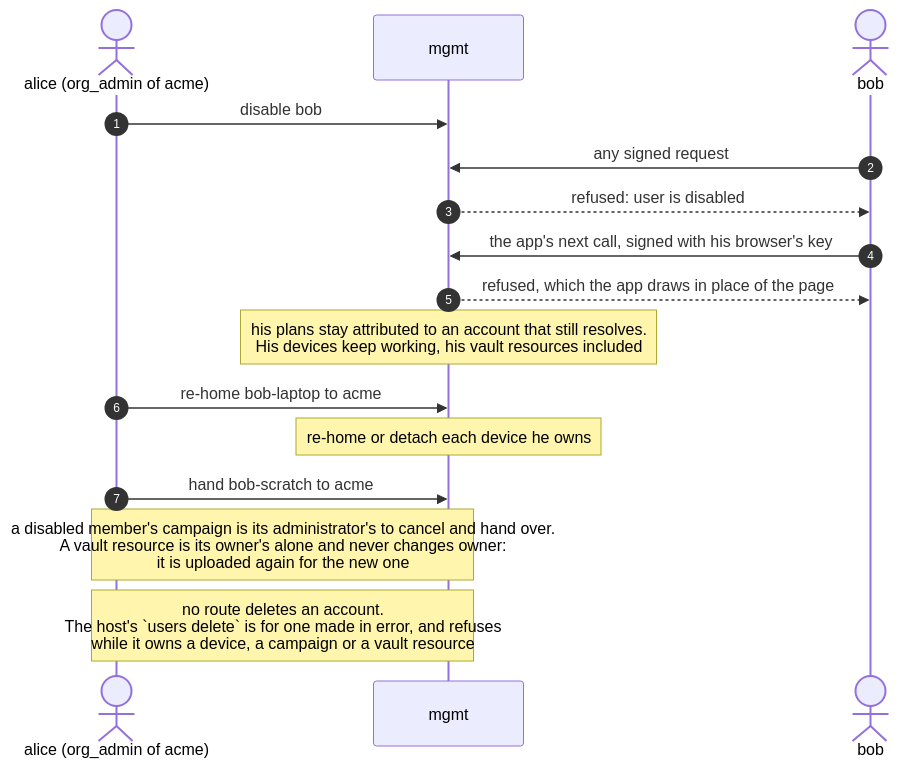
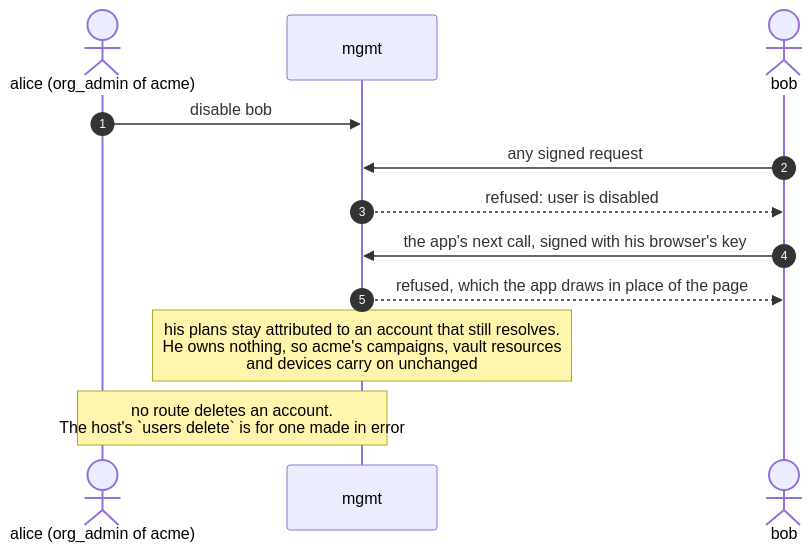
One commit to Liquid4All/pipette-mgmt changed diagram 27 of 27 in docs/topology.md. Above: the diagram before and after it, drawn with Mermaid. The commit also changed other lines of this file and 432 other files, not shown here.

````diff
--- a/docs/topology.md
+++ b/docs/topology.md
@@ -1064,19 +1004,15 @@
 ```mermaid
 sequenceDiagram
     autonumber
     actor A as alice (org_admin of acme)
     participant M as mgmt
     actor B as bob
 
     A->>M: disable bob
     B->>M: any signed request
     M-->>B: refused: user is disabled
     B->>M: the app's next call, signed with his browser's key
     M-->>B: refused, which the app draws in place of the page
-    Note over M: his plans stay attributed to an account that still resolves.<br/>His devices keep working, his vault resources included
-    A->>M: re-home bob-laptop to acme
-    Note over M: re-home or detach each device he owns
-    A->>M: hand bob-scratch to acme
-    Note over A,M: a disabled member's campaign is its administrator's to cancel and hand over.<br/>A vault resource is its owner's alone and never changes owner:<br/>it is uploaded again for the new one
-    Note over A,M: no route deletes an account.<br/>The host's `users delete` is for one made in error, and refuses<br/>while it owns a device, a campaign or a vault resource
+    Note over M: his plans stay attributed to an account that still resolves.<br/>He owns nothing, so acme's campaigns, vault resources<br/>and devices carry on unchanged
+    Note over A,M: no route deletes an account.<br/>The host's `users delete` is for one made in error
 ```
````
